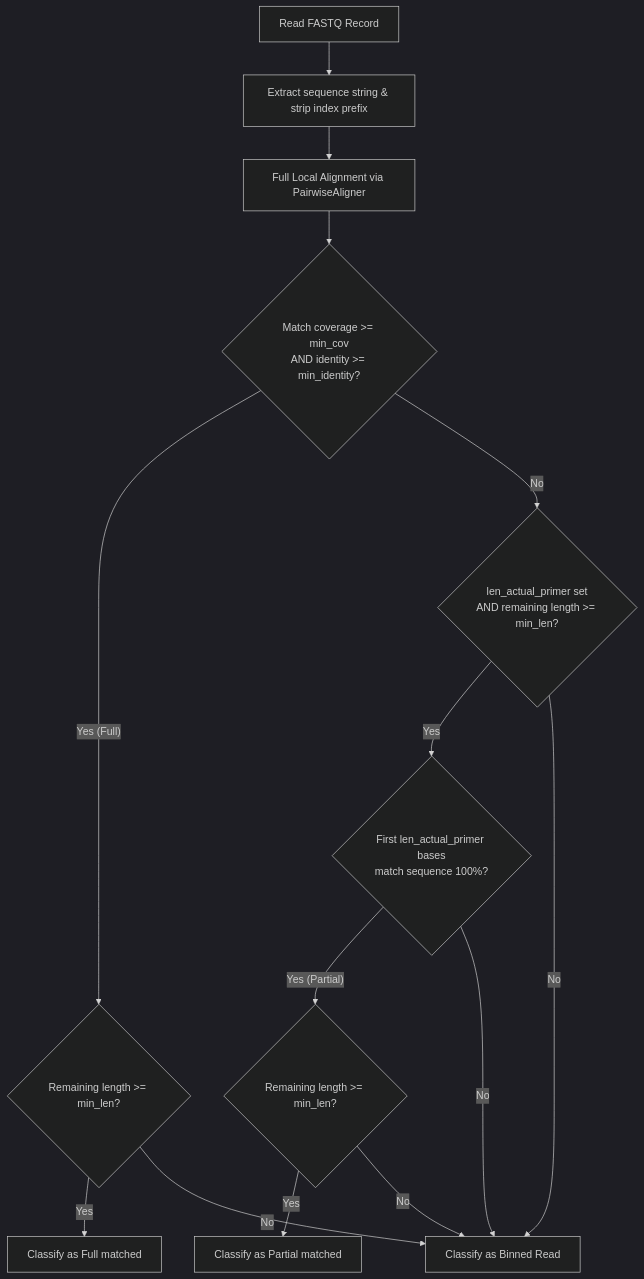
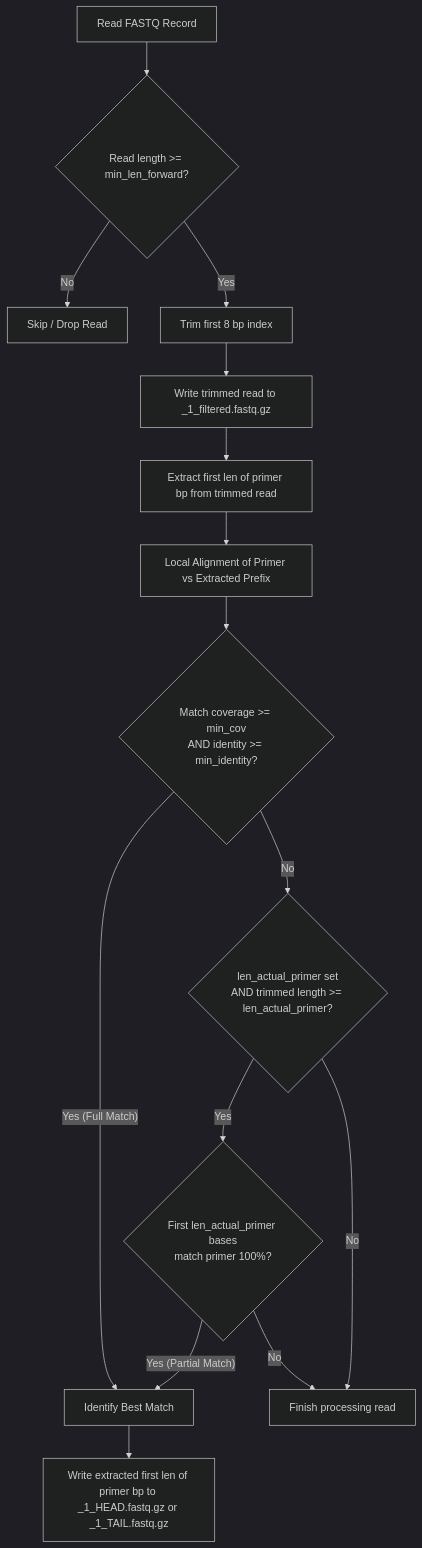
Before and after one commit to molepi-oucru/islan: the diagram in .context/algorithms.md, drawn with Mermaid (dark theme). The commit also changed other lines of this file and 5 other files, not shown here.

````diff
--- a/.context/algorithms.md
+++ b/.context/algorithms.md
@@ -27,16 +31,17 @@
 ```mermaid
 flowchart TD
-    Start[Read FASTQ Record] --> Prep[Extract sequence string & strip index prefix]
-    Prep --> Align[Full Local Alignment via PairwiseAligner]
+    Start[Read FASTQ Record] --> LenCheck{Read length >= min_len_forward?}
+    LenCheck -- No --> Skip[Skip / Drop Read]
+    LenCheck -- Yes --> Trim[Trim first 8 bp index]
+    Trim --> WriteFilt[Write trimmed read to _1_filtered.fastq.gz]
+    WriteFilt --> ExtractPrefix[Extract first len of primer bp from trimmed read]
+    ExtractPrefix --> Align[Local Alignment of Primer vs Extracted Prefix]
     Align --> CheckC1{Match coverage >= min_cov\nAND identity >= min_identity?}
-    CheckC1 -- Yes (Full) --> CheckC2_Full{Remaining length >= min_len?}
-    CheckC1 -- No --> CheckRescue{len_actual_primer set\nAND remaining length >= min_len?}
-    CheckRescue -- Yes --> CheckExact{First len_actual_primer bases\nmatch sequence 100%?}
-    CheckRescue -- No --> Bin[Classify as Binned Read]
-    CheckExact -- Yes (Partial) --> CheckC2_Part{Remaining length >= min_len?}
-    CheckExact -- No --> Bin
-    CheckC2_Full -- Yes --> Full[Classify as Full matched]
-    CheckC2_Full -- No --> Bin
-    CheckC2_Part -- Yes --> Partial[Classify as Partial matched]
-    CheckC2_Part -- No --> Bin
+    CheckC1 -- Yes (Full Match) --> SaveBest[Identify Best Match]
+    CheckC1 -- No --> CheckRescue{len_actual_primer set\nAND trimmed length >= len_actual_primer?}
+    CheckRescue -- Yes --> CheckExact{First len_actual_primer bases\nmatch primer 100%?}
+    CheckRescue -- No --> Done[Finish processing read]
+    CheckExact -- Yes (Partial Match) --> SaveBest
+    CheckExact -- No --> Done
+    SaveBest --> WriteMatch[Write extracted first len of primer bp to _1_HEAD.fastq.gz or _1_TAIL.fastq.gz]
 ```
````
